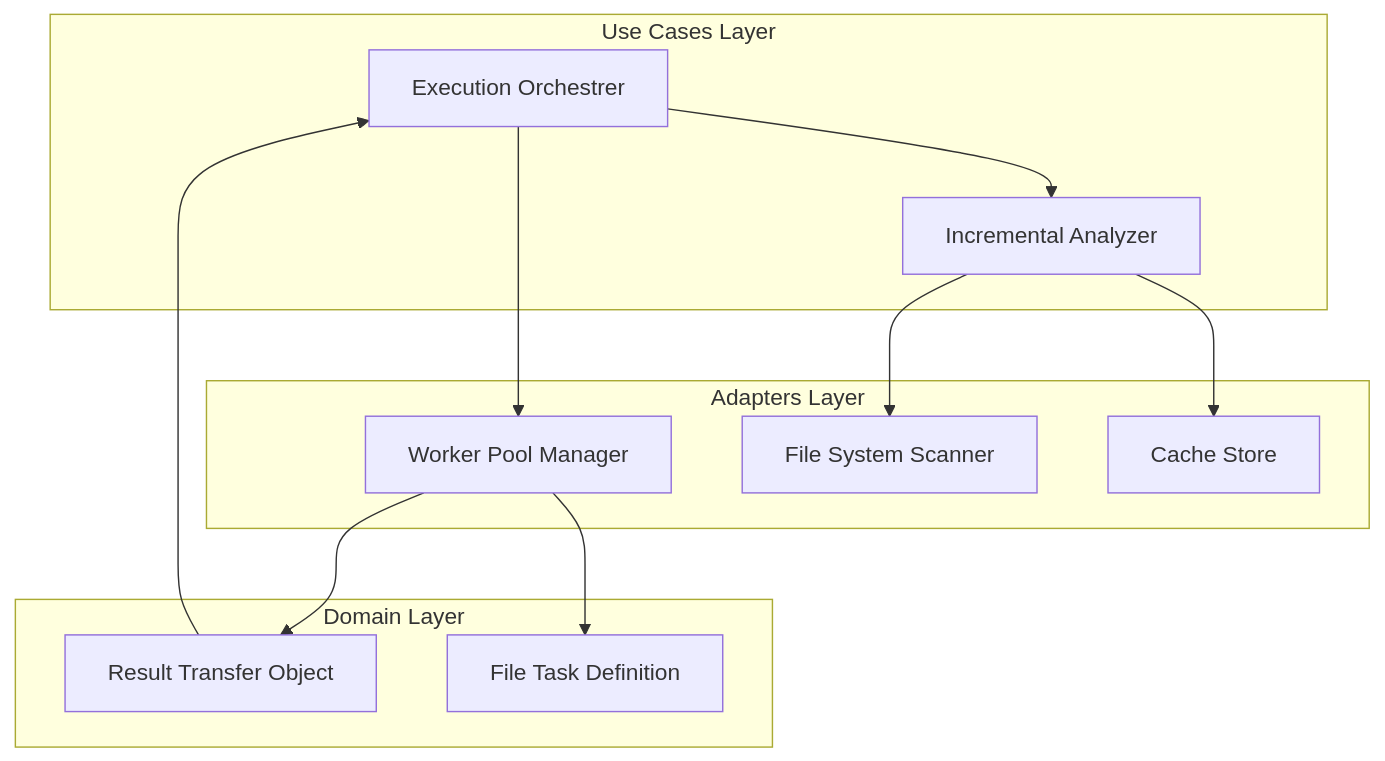
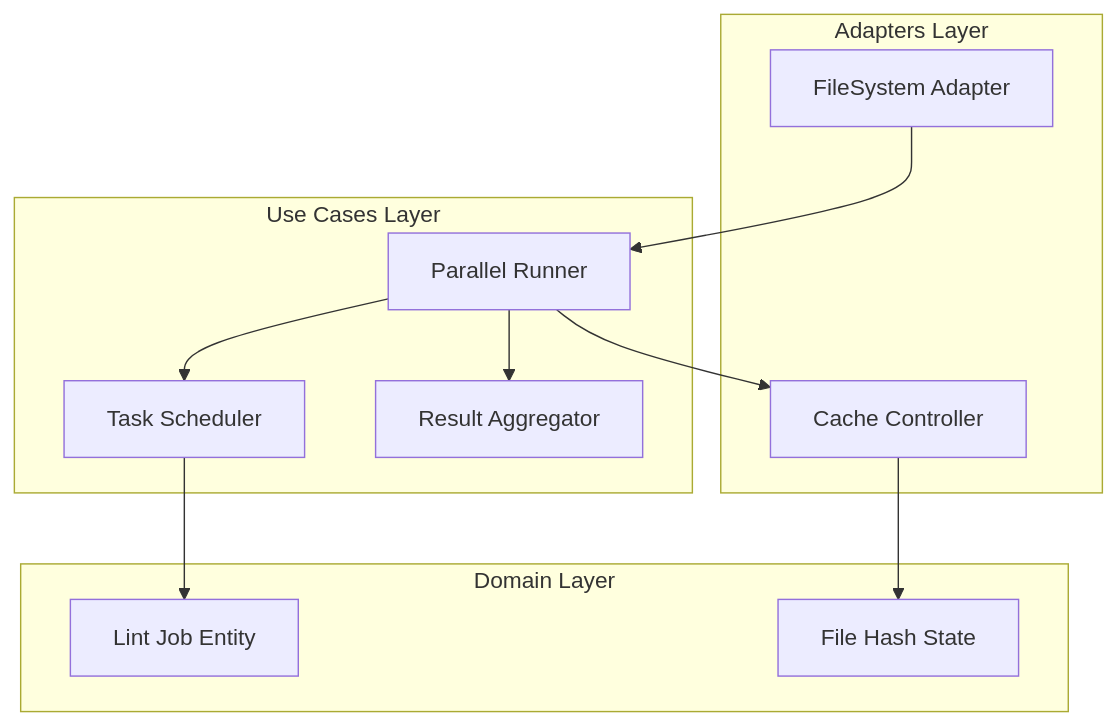
One commit to davidlapsleyio/shipkode-python-linting-cli-utility changed the diagram in specs/F3-parallel-execution-runner-logic-6f5accbd/design.md. Above: the diagram before and after it, drawn with Mermaid. The commit also changed other lines of this file and 21 other files, not shown here.

````diff
--- a/specs/F3-parallel-execution-runner-logic-6f5accbd/design.md
+++ b/specs/F3-parallel-execution-runner-logic-6f5accbd/design.md
@@ -23,26 +23,25 @@
 ```mermaid
 graph TD
-    subgraph UseCases [Use Cases Layer]
-        EX[Execution Orchestrer]
-        IA[Incremental Analyzer]
+    subgraph "Adapters Layer"
+        FS[FileSystem Adapter]
+        CC[Cache Controller]
     end
 
-    subgraph Adapters [Adapters Layer]
-        WP[Worker Pool Manager]
-        FS[File System Scanner]
-        CS[Cache Store]
+    subgraph "Use Cases Layer"
+        Runner[Parallel Runner]
+        Sched[Task Scheduler]
+        Dedupe[Result Aggregator]
     end
 
-    subgraph Domain [Domain Layer]
-        RT[Result Transfer Object]
-        FT[File Task Definition]
+    subgraph "Domain Layer"
+        Job[Lint Job Entity]
+        State[File Hash State]
     end
 
-    EX --> IA
-    EX --> WP
-    IA --> FS
-    IA --> CS
-    WP --> RT
-    WP --> FT
-    RT --> EX
+    FS --> Runner
+    Runner --> Sched
+    Sched --> Job
+    Runner --> CC
+    CC --> State
+    Runner --> Dedupe
 ```
````
